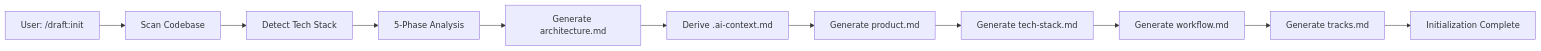
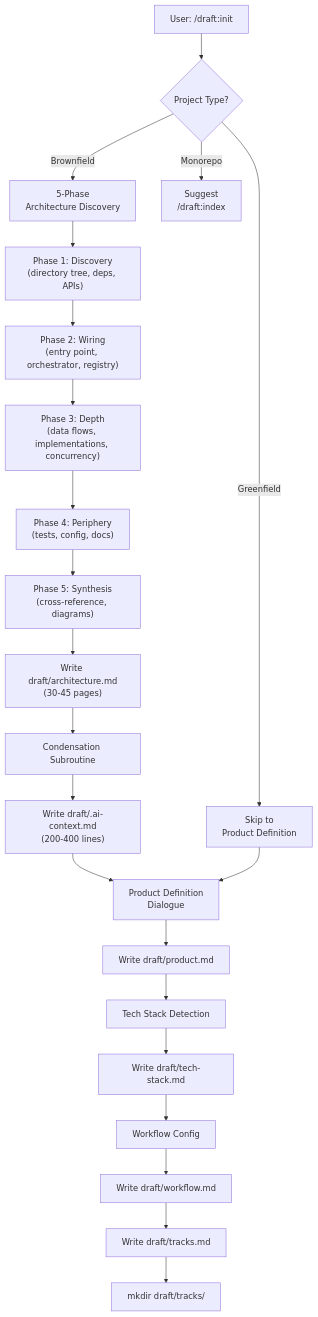
One commit to mayurpise/draft changed the third of 9 diagrams in draft/architecture.md. Above: the diagram before and after it, drawn with Mermaid. The commit also changed other lines of this file and 6 other files, not shown here.

First line of the commit message:
feat(init): regenerate draft context with exhaustive architecture analysis

````diff
--- a/draft/architecture.md
+++ b/draft/architecture.md
@@ -212,13 +272,26 @@
 ```mermaid
-flowchart LR
-    User["User: /draft:init"] --> Scan["Scan Codebase"]
-    Scan --> Detect["Detect Tech Stack"]
-    Detect --> Analyze["5-Phase Analysis"]
-    Analyze --> GenArch["Generate architecture.md"]
-    GenArch --> GenAI["Derive .ai-context.md"]
-    GenAI --> GenProd["Generate product.md"]
-    GenProd --> GenTech["Generate tech-stack.md"]
-    GenTech --> GenWork["Generate workflow.md"]
-    GenWork --> GenTrack["Generate tracks.md"]
-    GenTrack --> Done["Initialization Complete"]
+flowchart TD
+    A["User: /draft:init"] --> B{Project Type?}
+    B -->|Brownfield| C["5-Phase\nArchitecture Discovery"]
+    B -->|Greenfield| D["Skip to\nProduct Definition"]
+    B -->|Monorepo| E["Suggest\n/draft:index"]
+
+    C --> C1["Phase 1: Discovery\n(directory tree, deps, APIs)"]
+    C1 --> C2["Phase 2: Wiring\n(entry point, orchestrator, registry)"]
+    C2 --> C3["Phase 3: Depth\n(data flows, implementations, concurrency)"]
+    C3 --> C4["Phase 4: Periphery\n(tests, config, docs)"]
+    C4 --> C5["Phase 5: Synthesis\n(cross-reference, diagrams)"]
+    C5 --> F["Write draft/architecture.md\n(30-45 pages)"]
+    F --> G["Condensation Subroutine"]
+    G --> H["Write draft/.ai-context.md\n(200-400 lines)"]
+
+    H --> I["Product Definition\nDialogue"]
+    D --> I
+    I --> J["Write draft/product.md"]
+    J --> K["Tech Stack Detection"]
+    K --> L["Write draft/tech-stack.md"]
+    L --> M["Workflow Config"]
+    M --> N["Write draft/workflow.md"]
+    N --> O["Write draft/tracks.md"]
+    O --> P["mkdir draft/tracks/"]
 ```
````
